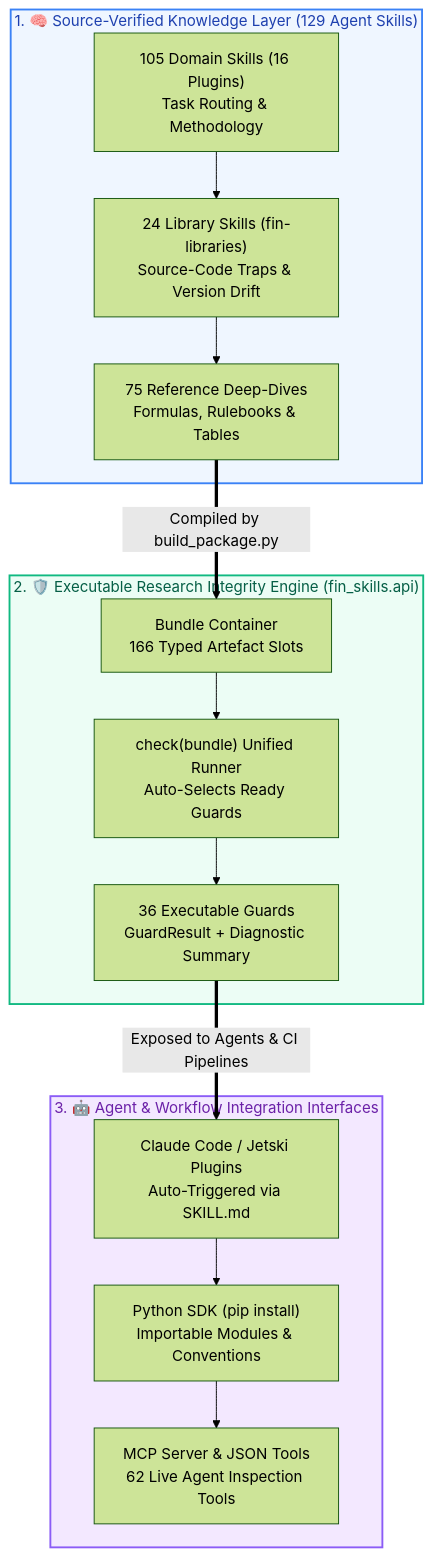
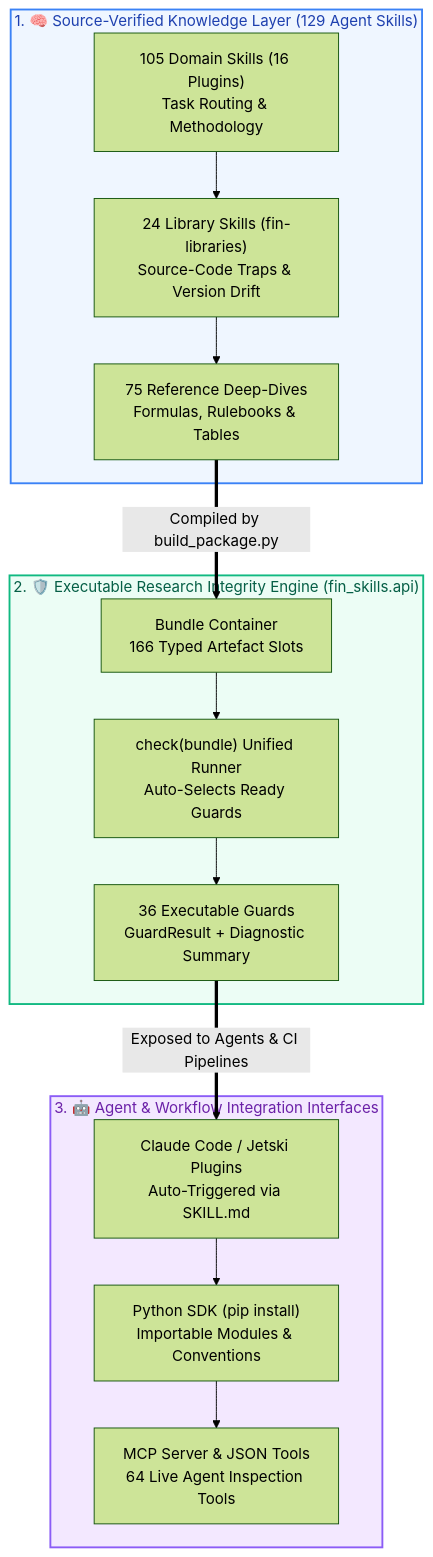
The diagram in README.md (howard-lynn-ye/Fin-RSI), drawn with Mermaid (forest theme) before and after one commit. The commit also changed other lines of this file and 18 other files, not shown here.

````diff
--- a/README.md
+++ b/README.md
@@ -76,21 +76,21 @@
 ```mermaid
 flowchart TD
     subgraph TIER1 ["1. 🧠 Source-Verified Knowledge Layer (129 Agent Skills)"]
         D1["105 Domain Skills (16 Plugins)<br/>Task Routing & Methodology"] --> D2["24 Library Skills (fin-libraries)<br/>Source-Code Traps & Version Drift"] --> D3["75 Reference Deep-Dives<br/>Formulas, Rulebooks & Tables"]
     end
 
     subgraph TIER2 ["2. 🛡️ Executable Research Integrity Engine (fin_skills.api)"]
         E1["Bundle Container<br/>166 Typed Artefact Slots"] --> E2["check(bundle) Unified Runner<br/>Auto-Selects Ready Guards"] --> E3["36 Executable Guards<br/>GuardResult + Diagnostic Summary"]
     end
 
     subgraph TIER3 ["3. 🤖 Agent & Workflow Integration Interfaces"]
-        I1["Claude Code / Jetski Plugins<br/>Auto-Triggered via SKILL.md"] --> I2["Python SDK (pip install)<br/>Importable Modules & Conventions"] --> I3["MCP Server & JSON Tools<br/>62 Live Agent Inspection Tools"]
+        I1["Claude Code / Jetski Plugins<br/>Auto-Triggered via SKILL.md"] --> I2["Python SDK (pip install)<br/>Importable Modules & Conventions"] --> I3["MCP Server & JSON Tools<br/>64 Live Agent Inspection Tools"]
     end
 
     D3 ==>|Compiled by build_package.py| E1
     E3 ==>|Exposed to Agents & CI Pipelines| I1
 
     style TIER1 fill:#eff6ff,stroke:#3b82f6,stroke-width:2px,color:#1e40af
     style TIER2 fill:#ecfdf5,stroke:#10b981,stroke-width:2px,color:#065f46
     style TIER3 fill:#f3e8ff,stroke:#8b5cf6,stroke-width:2px,color:#6b21a8
 ```
````
